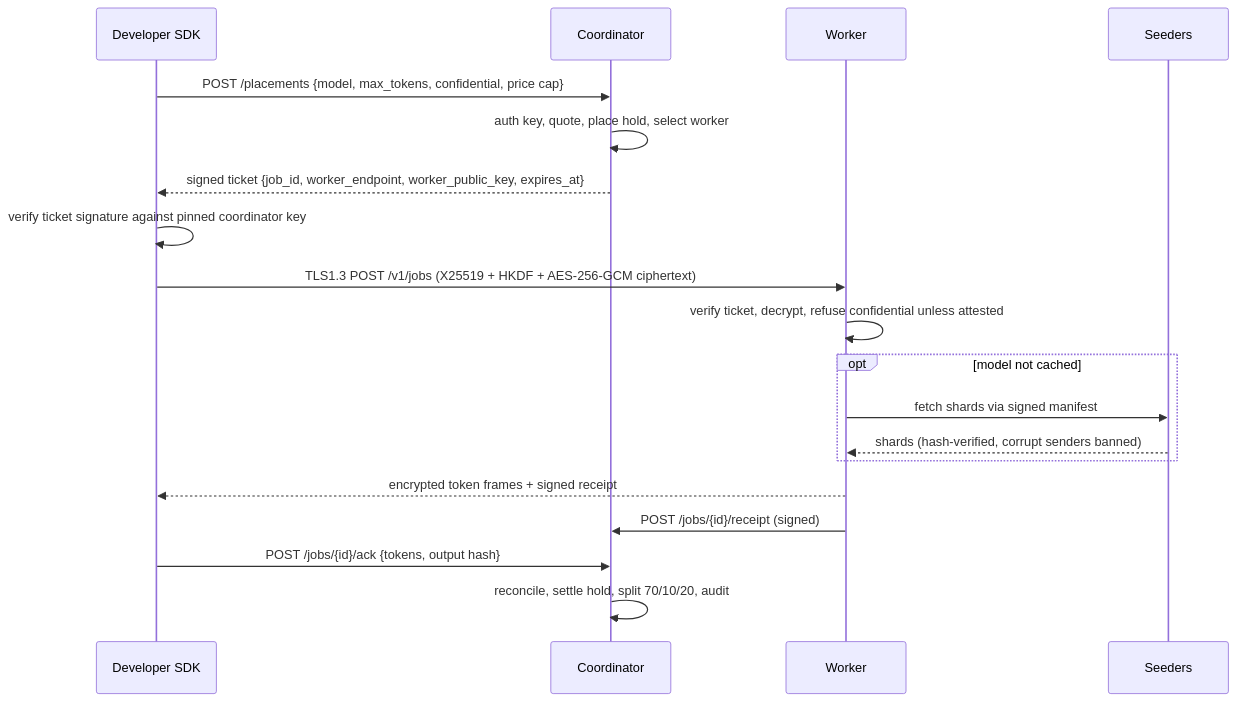
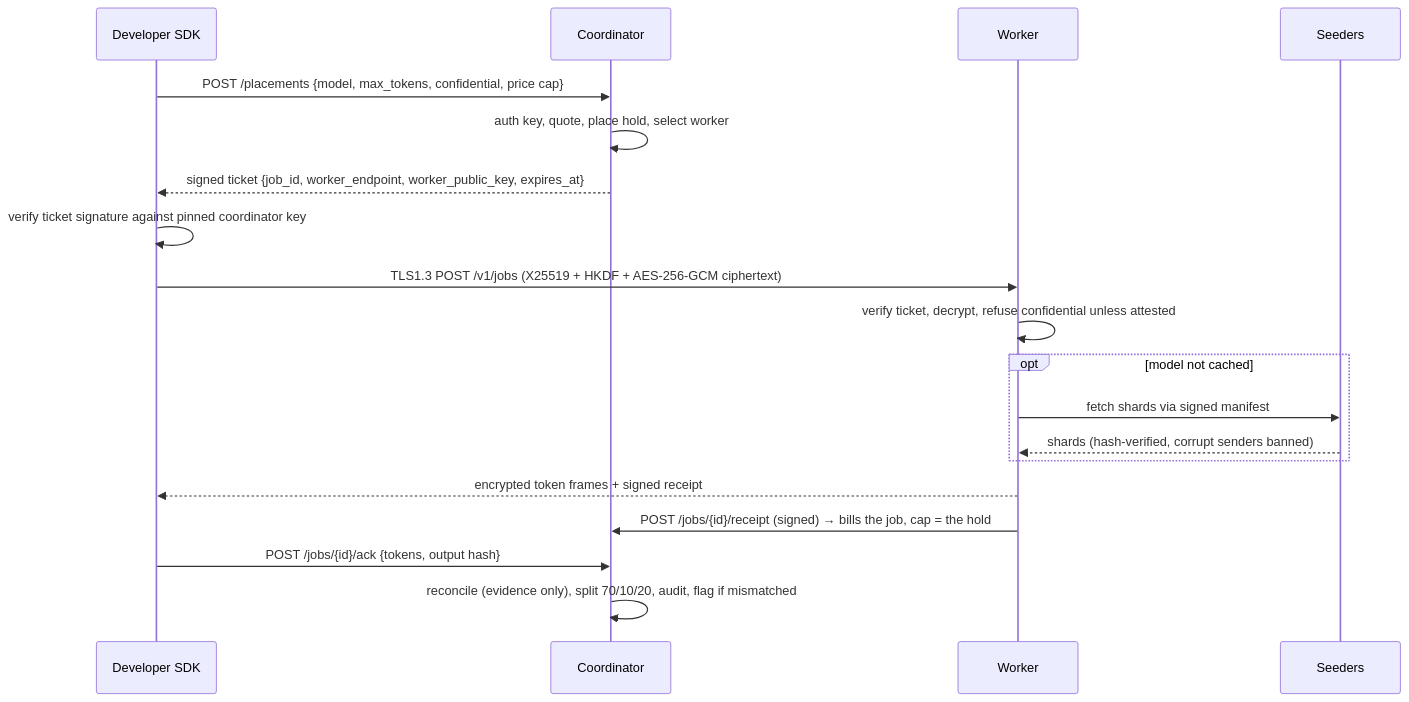
One commit to yatichbrian99-svg/torrent-cdn changed the diagram in docs/tcdn-ai/ARCHITECTURE.md. Above: the diagram before and after it, drawn with Mermaid. The commit also changed other lines of this file and 8 other files, not shown here.

````diff
--- a/docs/tcdn-ai/ARCHITECTURE.md
+++ b/docs/tcdn-ai/ARCHITECTURE.md
@@ -33,22 +33,22 @@
 ```mermaid
 sequenceDiagram
     participant D as Developer SDK
     participant C as Coordinator
     participant W as Worker
     participant S as Seeders
 
     D->>C: POST /placements {model, max_tokens, confidential, price cap}
     C->>C: auth key, quote, place hold, select worker
     C-->>D: signed ticket {job_id, worker_endpoint, worker_public_key, expires_at}
     D->>D: verify ticket signature against pinned coordinator key
     D->>W: TLS1.3 POST /v1/jobs (X25519 + HKDF + AES-256-GCM ciphertext)
     W->>W: verify ticket, decrypt, refuse confidential unless attested
     opt model not cached
         W->>S: fetch shards via signed manifest
         S-->>W: shards (hash-verified, corrupt senders banned)
     end
     W-->>D: encrypted token frames + signed receipt
-    W->>C: POST /jobs/{id}/receipt (signed)
+    W->>C: POST /jobs/{id}/receipt (signed) → bills the job, cap = the hold
     D->>C: POST /jobs/{id}/ack {tokens, output hash}
-    C->>C: reconcile, settle hold, split 70/10/20, audit
+    C->>C: reconcile (evidence only), split 70/10/20, audit, flag if mismatched
 ```
````
